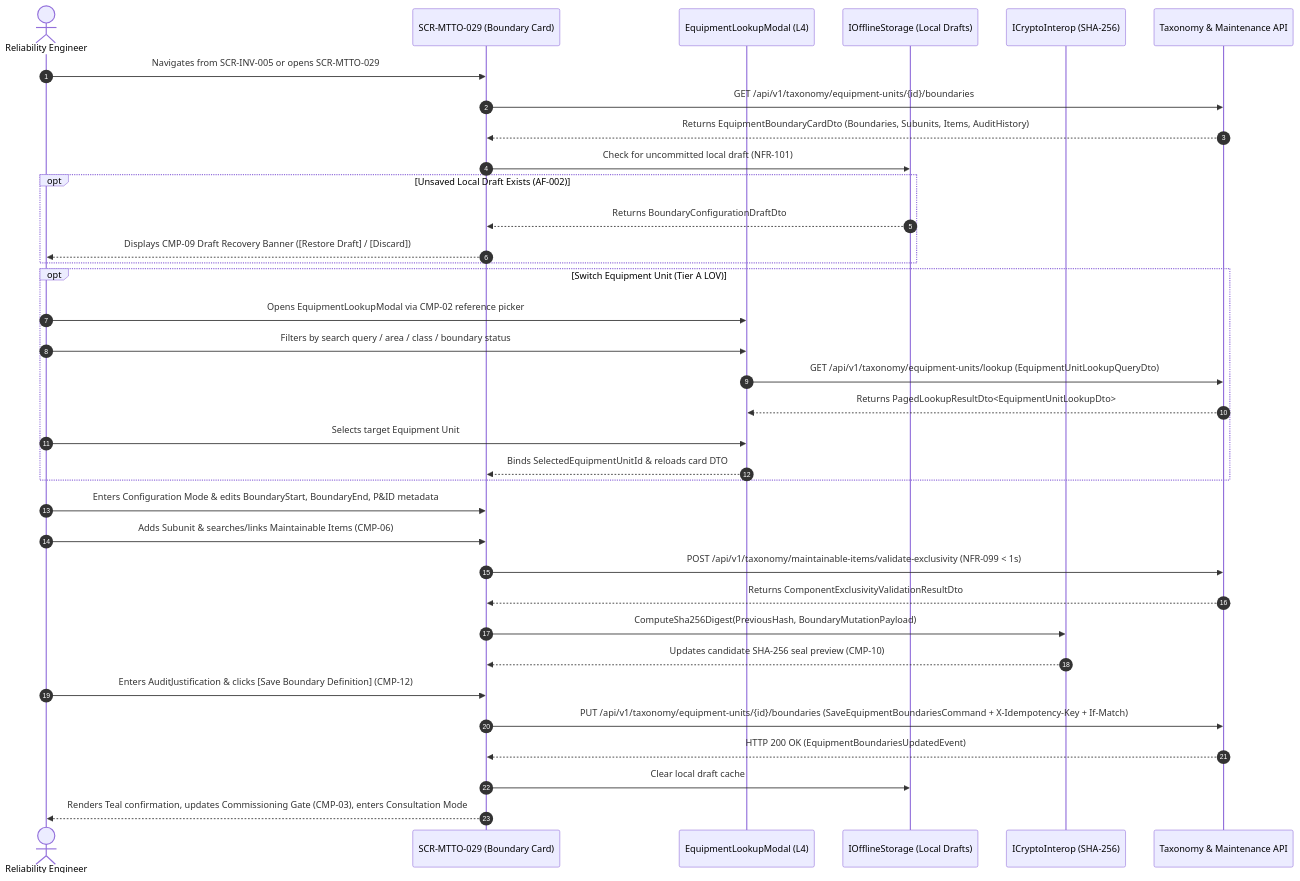
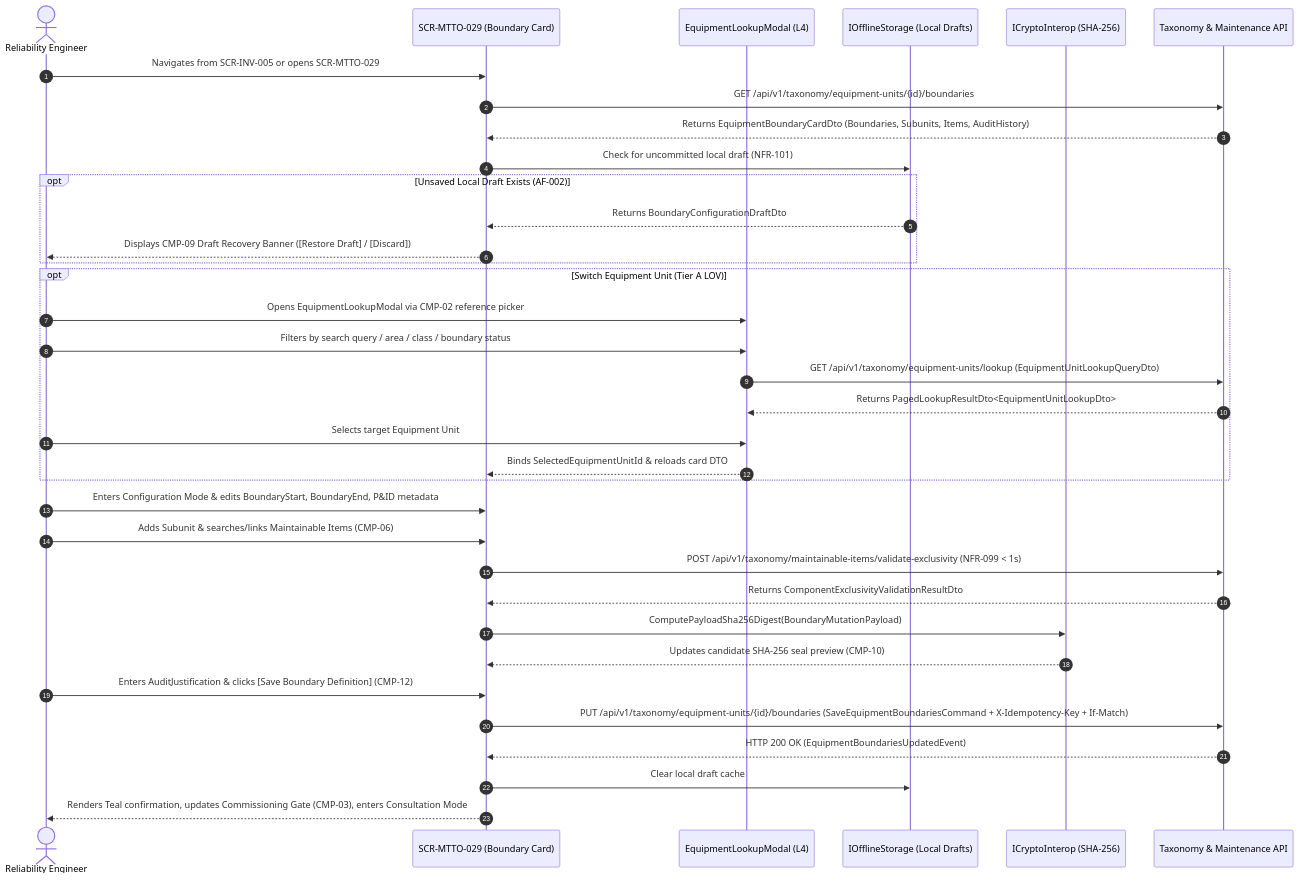
The diagram in ui-ux/screens/mtto/SCR-MTTO-029.md (Novav20/adso-dteam-docs), drawn with Mermaid before and after one commit. The commit also changed other lines of this file and 9 other files, not shown here.

````diff
--- a/ui-ux/screens/mtto/SCR-MTTO-029.md
+++ b/ui-ux/screens/mtto/SCR-MTTO-029.md
@@ -231,38 +231,38 @@
 ```mermaid
 sequenceDiagram
     autonumber
     actor Eng as Reliability Engineer
     participant UI as SCR-MTTO-029 (Boundary Card)
     participant LOV as EquipmentLookupModal (L4)
     participant Store as IOfflineStorage (Local Drafts)
     participant Crypto as ICryptoInterop (SHA-256)
     participant API as Taxonomy & Maintenance API
 
     Eng->>UI: Navigates from SCR-INV-005 or opens SCR-MTTO-029
     UI->>API: GET /api/v1/taxonomy/equipment-units/{id}/boundaries
     API-->>UI: Returns EquipmentBoundaryCardDto (Boundaries, Subunits, Items, AuditHistory)
     UI->>Store: Check for uncommitted local draft (NFR-101)
     opt Unsaved Local Draft Exists (AF-002)
         Store-->>UI: Returns BoundaryConfigurationDraftDto
         UI-->>Eng: Displays CMP-09 Draft Recovery Banner ([Restore Draft] / [Discard])
     end
     opt Switch Equipment Unit (Tier A LOV)
         Eng->>LOV: Opens EquipmentLookupModal via CMP-02 reference picker
         Eng->>LOV: Filters by search query / area / class / boundary status
         LOV->>API: GET /api/v1/taxonomy/equipment-units/lookup (EquipmentUnitLookupQueryDto)
         API-->>LOV: Returns PagedLookupResultDto<EquipmentUnitLookupDto>
         Eng->>LOV: Selects target Equipment Unit
         LOV-->>UI: Binds SelectedEquipmentUnitId & reloads card DTO
     end
     Eng->>UI: Enters Configuration Mode & edits BoundaryStart, BoundaryEnd, P&ID metadata
     Eng->>UI: Adds Subunit & searches/links Maintainable Items (CMP-06)
     UI->>API: POST /api/v1/taxonomy/maintainable-items/validate-exclusivity (NFR-099 < 1s)
     API-->>UI: Returns ComponentExclusivityValidationResultDto
-    UI->>Crypto: ComputeSha256Digest(PreviousHash, BoundaryMutationPayload)
+    UI->>Crypto: ComputePayloadSha256Digest(BoundaryMutationPayload)
     Crypto-->>UI: Updates candidate SHA-256 seal preview (CMP-10)
     Eng->>UI: Enters AuditJustification & clicks [Save Boundary Definition] (CMP-12)
     UI->>API: PUT /api/v1/taxonomy/equipment-units/{id}/boundaries (SaveEquipmentBoundariesCommand + X-Idempotency-Key + If-Match)
     API-->>UI: HTTP 200 OK (EquipmentBoundariesUpdatedEvent)
     UI->>Store: Clear local draft cache
     UI-->>Eng: Renders Teal confirmation, updates Commissioning Gate (CMP-03), enters Consultation Mode
 ```
````
